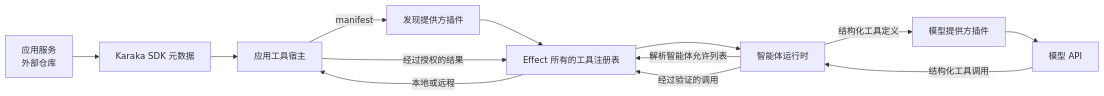
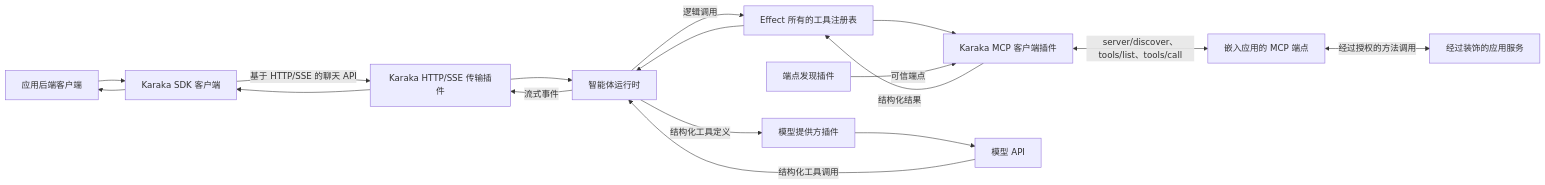
Before and after one commit to karaka-ai/karaka: the diagram in docs/tool-architecture.zh.md, drawn with Mermaid. The commit also changed other lines of this file and 2 other files, not shown here.

Commit message:
docs: adopt MCP for application tools

````diff
--- a/docs/tool-architecture.zh.md
+++ b/docs/tool-architecture.zh.md
@@ -41,19 +76,24 @@
 ```mermaid
 flowchart LR
-  Services["应用服务<br/>外部仓库"]
-  SDK["Karaka SDK 元数据"]
-  Host["应用工具宿主"]
-  Discovery["发现提供方插件"]
+  App["应用后端客户端"]
+  SDKClient["Karaka SDK 客户端"]
+  Transport["Karaka HTTP/SSE 传输插件"]
+  Runtime["智能体运行时"]
   Registry["Effect 所有的工具注册表"]
-  Runtime["智能体运行时"]
+  MCPClient["Karaka MCP 客户端插件"]
+  EndpointDiscovery["端点发现插件"]
+  MCPServer["嵌入应用的 MCP 端点"]
+  Services["经过装饰的应用服务"]
   Adapter["模型提供方插件"]
   Model["模型 API"]
 
-  Services --> SDK --> Host
-  Host -->|manifest| Discovery --> Registry
-  Runtime -->|解析智能体允许列表| Registry
+  App --> SDKClient -->|基于 HTTP/SSE 的聊天 API| Transport --> Runtime
   Runtime -->|结构化工具定义| Adapter --> Model
   Model -->|结构化工具调用| Runtime
-  Runtime -->|经过验证的调用| Registry -->|本地或远程| Host
-  Host -->|经过授权的结果| Registry --> Runtime
+  Runtime -->|逻辑调用| Registry --> MCPClient
+  EndpointDiscovery -->|可信端点| MCPClient
+  MCPClient <-->|server/discover、tools/list、tools/call| MCPServer
+  MCPServer <-->|经过授权的方法调用| Services
+  MCPClient -->|结构化结果| Registry --> Runtime
+  Runtime -->|流式事件| Transport --> SDKClient --> App
 ```
````
